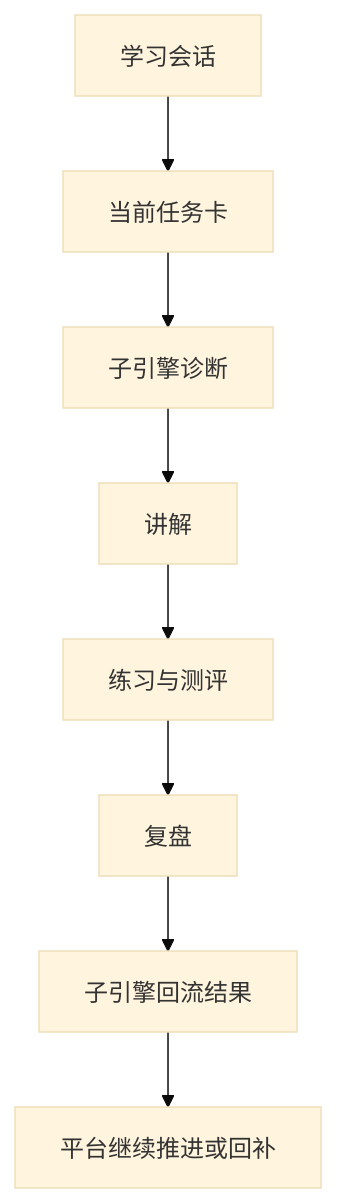
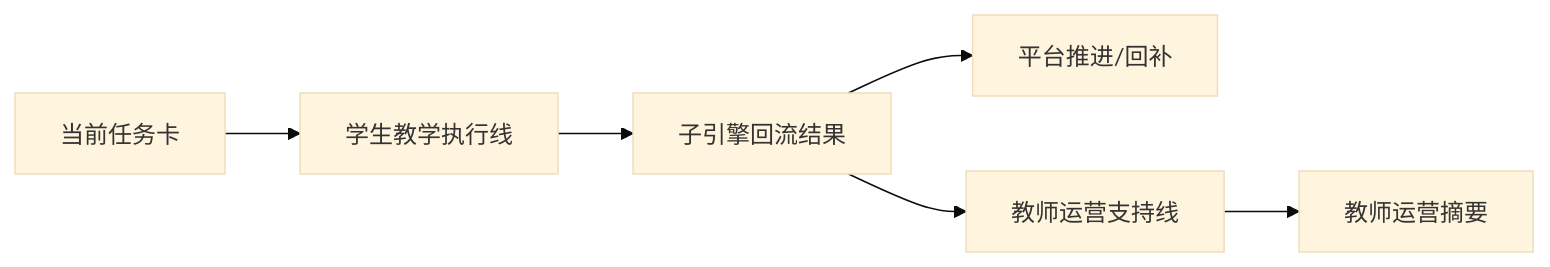
Before and after one commit to chenqsq/doc-showcase: the diagram in doc/智能体文档/子引擎层/AI教师子引擎-PRD.md, drawn with Mermaid (base theme). The commit also changed other lines of this file and 20 other files, not shown here.

````diff
--- a/doc/智能体文档/子引擎层/AI教师子引擎-PRD.md
+++ b/doc/智能体文档/子引擎层/AI教师子引擎-PRD.md
@@ -119,10 +35,8 @@
 ```mermaid
-flowchart TD
-    A[学习会话] --> B[当前任务卡]
-    B --> C[子引擎诊断]
-    C --> D[讲解]
-    D --> E[练习与测评]
-    E --> F[复盘]
-    F --> G[子引擎回流结果]
-    G --> H[平台继续推进或回补]
+flowchart LR
+    A[当前任务卡] --> B[学生教学执行线]
+    B --> C[子引擎回流结果]
+    C --> D[平台推进/回补]
+    C --> E[教师运营支持线]
+    E --> F[教师运营摘要]
 ```
````
